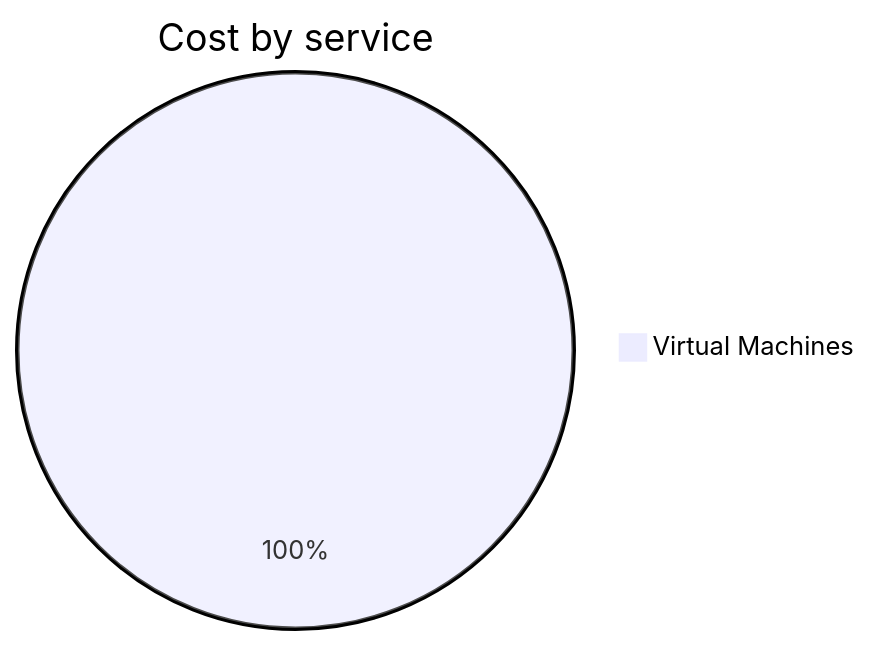
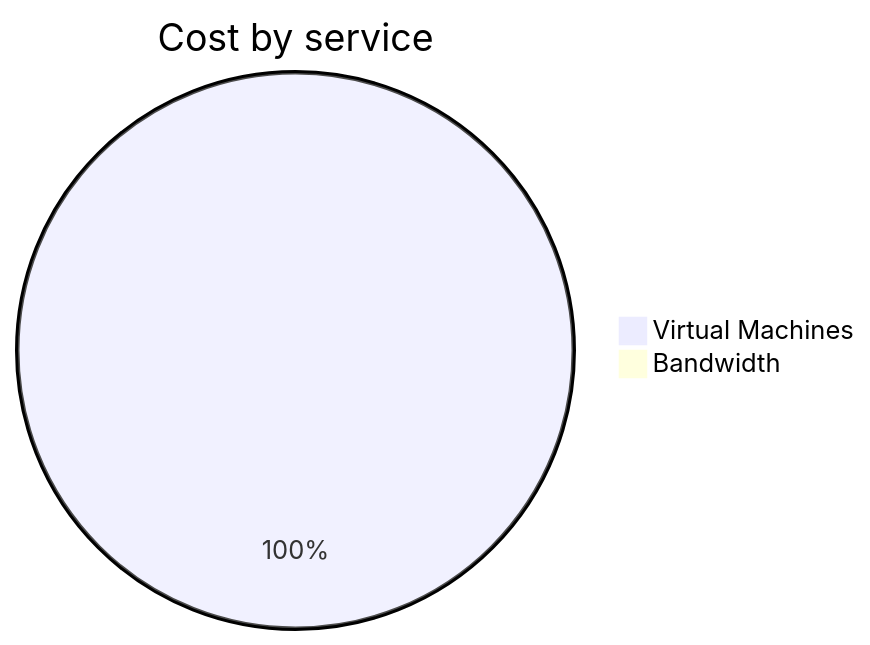
The second of 4 diagrams in cost-reports/personal-network/backup-server.md (jpfulton/azure-personal-reports), drawn with Mermaid before and after one commit. The commit also changed other lines of this file and 8 other files, not shown here.

````diff
--- a/cost-reports/personal-network/backup-server.md
+++ b/cost-reports/personal-network/backup-server.md
@@ -93,5 +94,6 @@
 ```mermaid
 pie
    title Cost by service
-   "Virtual Machines" : 0.05
+   "Virtual Machines" : 0.24
+   "Bandwidth" : 0.00
 ```
````
